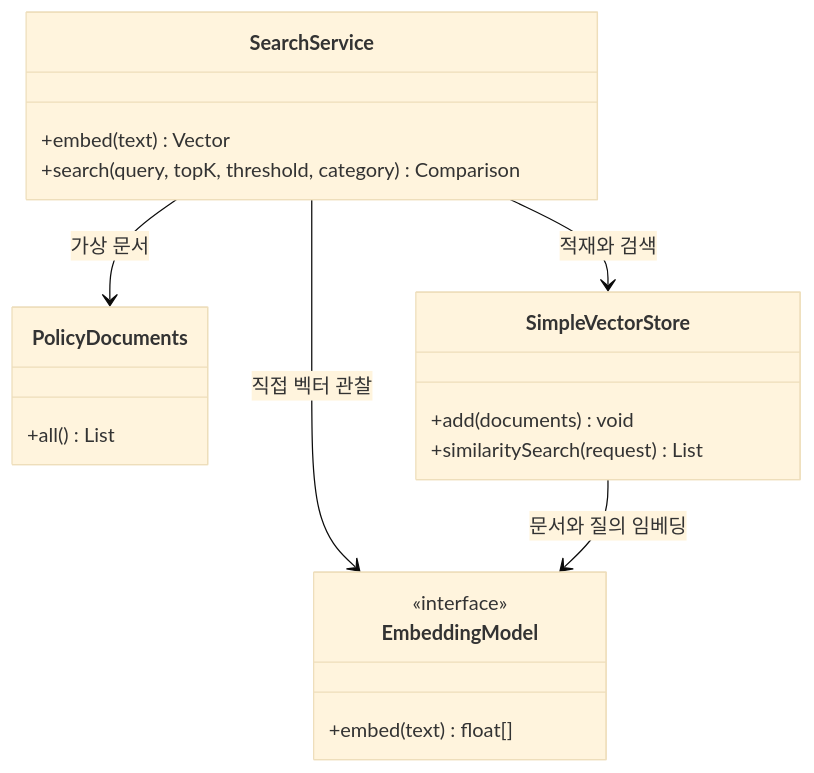
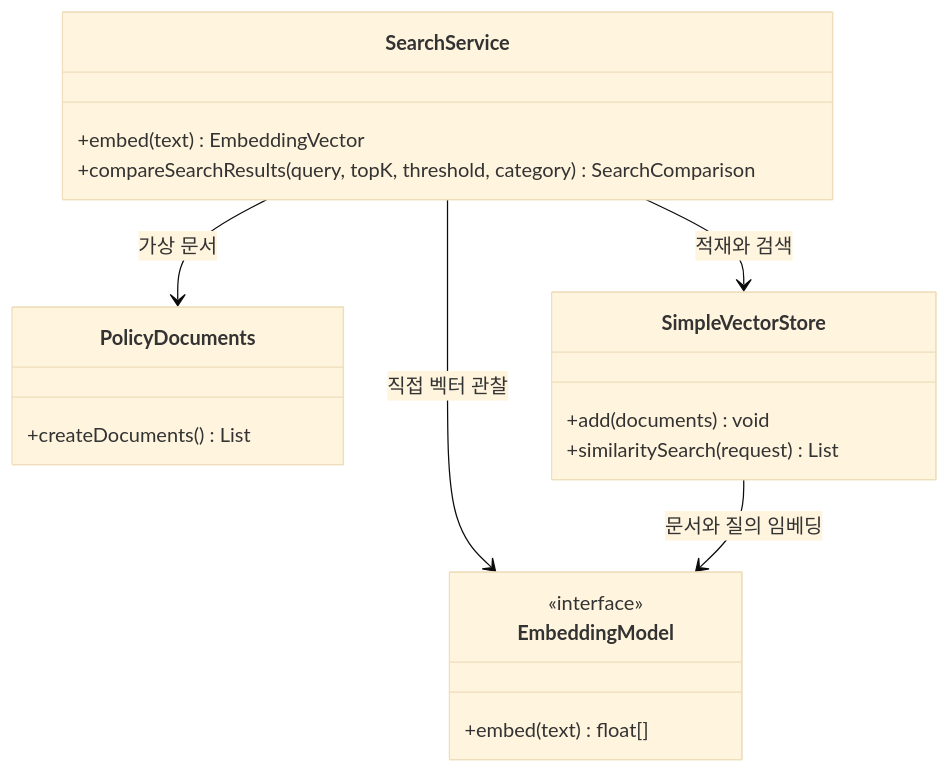
The first of 2 diagrams in Spring-AI-Agent-Learning/docs/lessons/09-embeddings-search/02-store.md (Justin-ad-Park/SpringShoppingAI), drawn with Mermaid (base theme) before and after one commit. The commit also changed other lines of this file and 99 other files, not shown here.

````diff
--- a/Spring-AI-Agent-Learning/docs/lessons/09-embeddings-search/02-store.md
+++ b/Spring-AI-Agent-Learning/docs/lessons/09-embeddings-search/02-store.md
@@ -26,22 +26,22 @@
 ```mermaid
 classDiagram
     class PolicyDocuments {
-        +all() List
+        +createDocuments() List
     }
     class SearchService {
-        +embed(text) Vector
-        +search(query, topK, threshold, category) Comparison
+        +embed(text) EmbeddingVector
+        +compareSearchResults(query, topK, threshold, category) SearchComparison
     }
     class EmbeddingModel {
         <<interface>>
         +embed(text) float[]
     }
     class SimpleVectorStore {
         +add(documents) void
         +similaritySearch(request) List
     }
     SearchService --> PolicyDocuments : 가상 문서
     SearchService --> EmbeddingModel : 직접 벡터 관찰
     SearchService --> SimpleVectorStore : 적재와 검색
     SimpleVectorStore --> EmbeddingModel : 문서와 질의 임베딩
 ```
````
